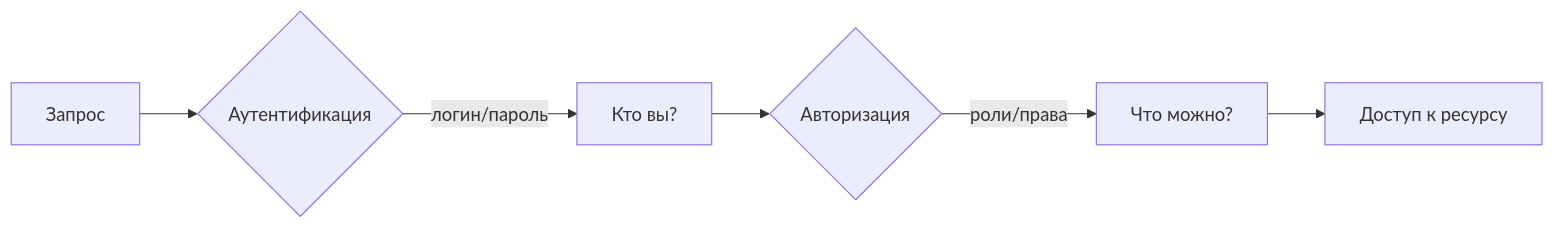
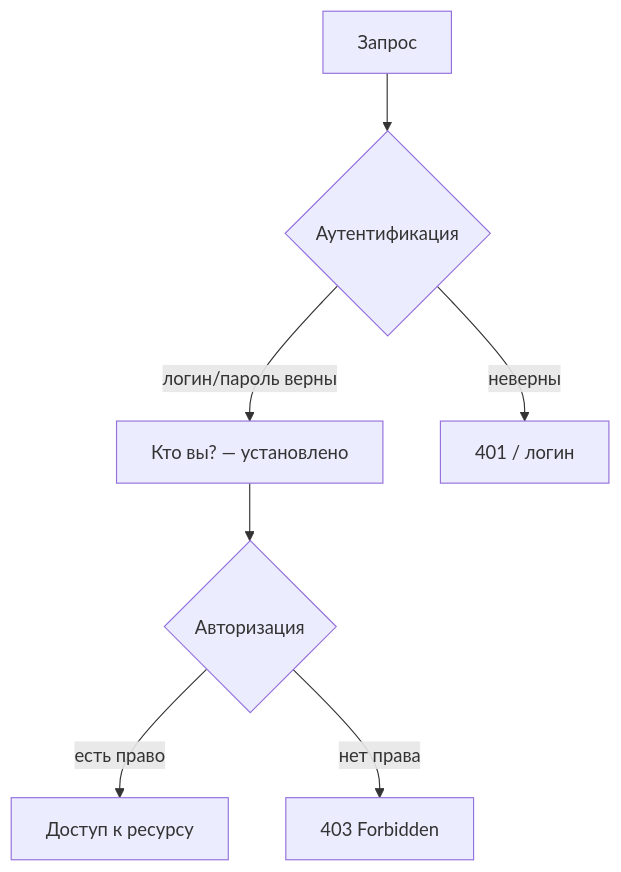
One commit to AleksandrBorodavkin/demo334 changed the first of 6 diagrams in SPRING_SECURITY_QA.md. Above: the diagram before and after it, drawn with Mermaid.

Commit message:
Update flowchart in Spring Security Q&A documentation to improve clarity: changed flow direction and refined authentication and authorization steps for better understanding.

````diff
--- a/SPRING_SECURITY_QA.md
+++ b/SPRING_SECURITY_QA.md
@@ -26,8 +26,9 @@
 ```mermaid
-flowchart LR
+flowchart TD
     A[Запрос] --> B{Аутентификация}
-    B -->|логин/пароль| C[Кто вы?]
+    B -->|логин/пароль верны| C[Кто вы? — установлено]
+    B -->|неверны| B1[401 / логин]
     C --> D{Авторизация}
-    D -->|роли/права| E[Что можно?]
-    E --> F[Доступ к ресурсу]
+    D -->|есть право| E[Доступ к ресурсу]
+    D -->|нет права| D1[403 Forbidden]
 ```
````
